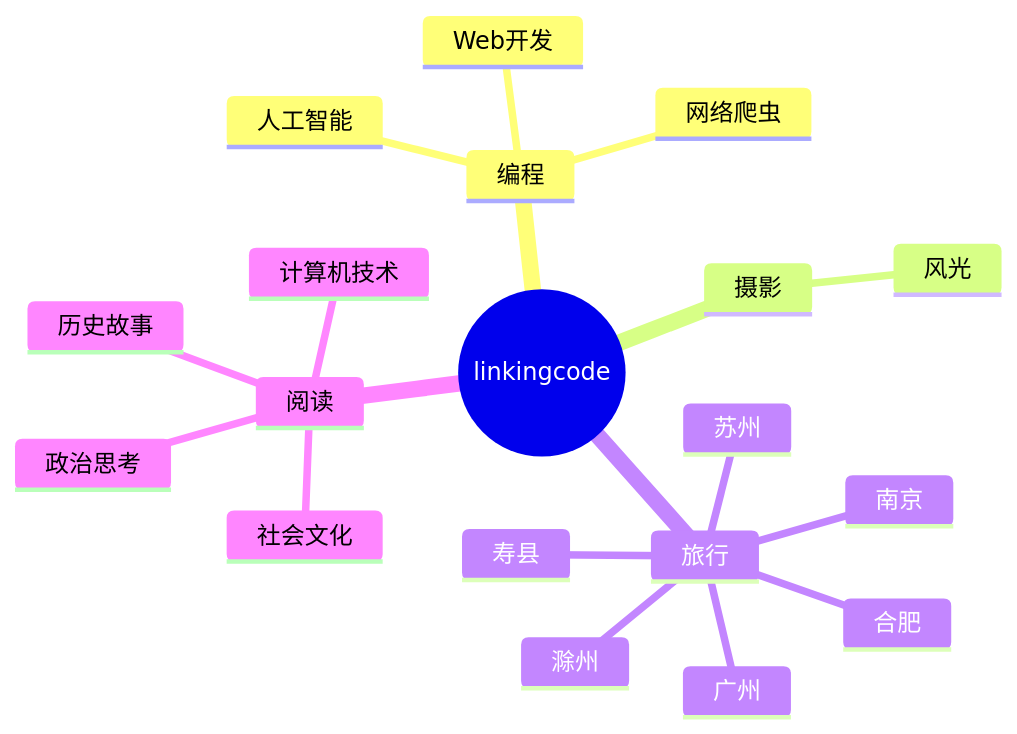
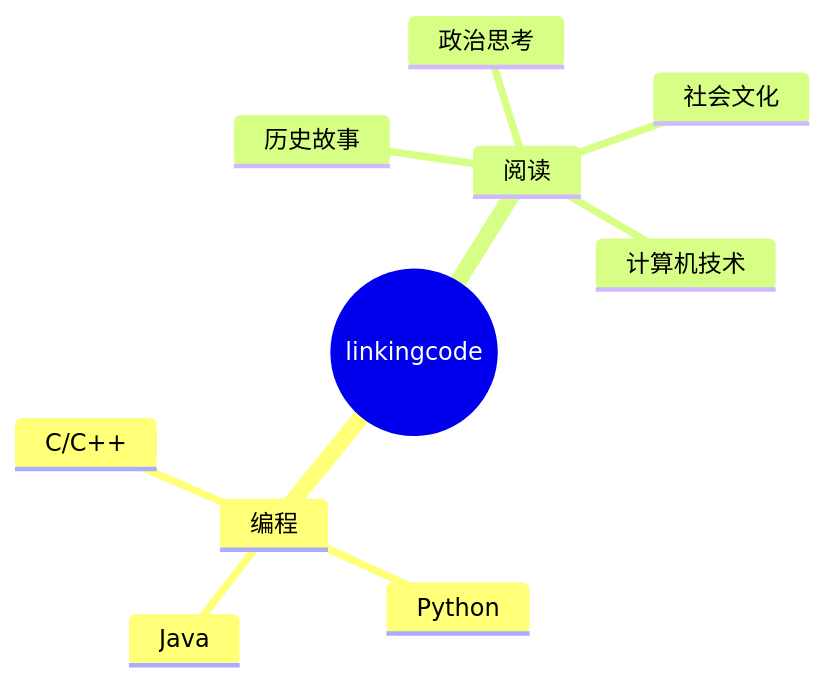
The diagram in README.md (linkingcoder/linkingcoder), drawn with Mermaid before and after one commit. The commit also changed other lines of this file, not shown here.

````diff
--- a/README.md
+++ b/README.md
@@ -137,22 +120,13 @@
 ```mermaid
 mindmap
   root((linkingcode))
     编程
-      Web开发
-      网络爬虫
-      人工智能
-    摄影
-      风光
-    旅行
-      广州
-      苏州
-      南京
-      滁州
-      合肥
-      寿县
+       C/C++
+       Python
+       Java
     阅读
       历史故事
       政治思考
       社会文化
       计算机技术
 ```
````
